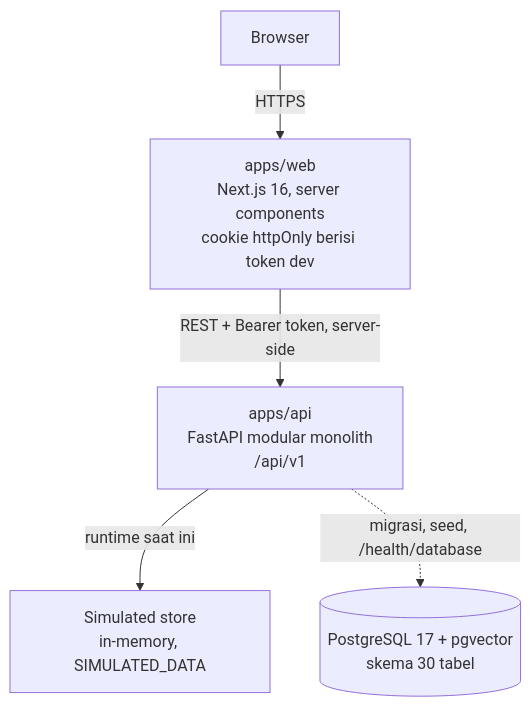
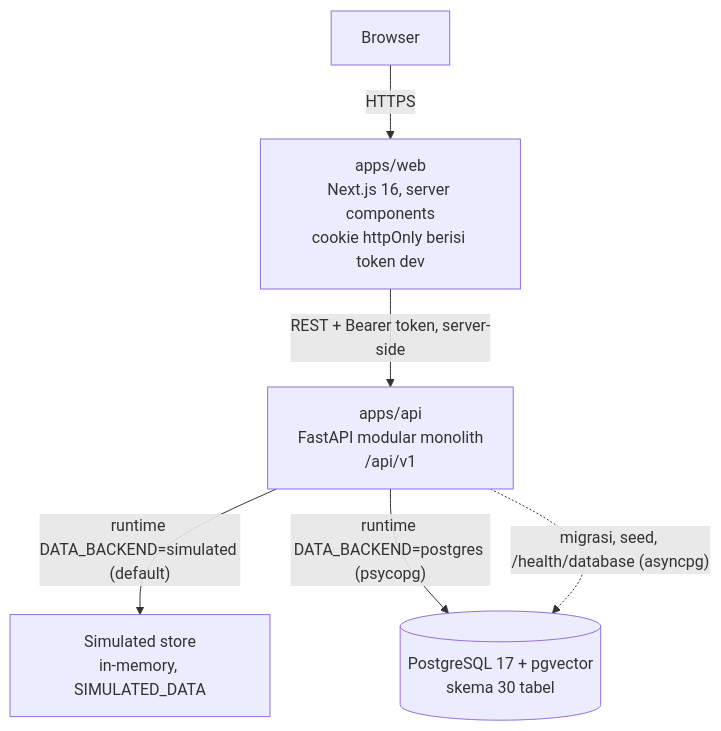
The diagram in docs/03-architecture/container-architecture.md (jundy779/SUNOVATE), drawn with Mermaid before and after one commit. The commit also changed other lines of this file and 17 other files, not shown here.

````diff
--- a/docs/03-architecture/container-architecture.md
+++ b/docs/03-architecture/container-architecture.md
@@ -15,12 +15,13 @@
 ```mermaid
 flowchart TB
     B["Browser"]
     W["apps/web<br/>Next.js 16, server components<br/>cookie httpOnly berisi token dev"]
     A["apps/api<br/>FastAPI modular monolith<br/>/api/v1"]
     ST["Simulated store<br/>in-memory, SIMULATED_DATA"]
     PG[("PostgreSQL 17 + pgvector<br/>skema 30 tabel")]
     B -->|HTTPS| W
     W -->|"REST + Bearer token, server-side"| A
-    A -->|"runtime saat ini"| ST
-    A -.->|"migrasi, seed, /health/database"| PG
+    A -->|"runtime DATA_BACKEND=simulated (default)"| ST
+    A -->|"runtime DATA_BACKEND=postgres (psycopg)"| PG
+    A -.->|"migrasi, seed, /health/database (asyncpg)"| PG
 ```
````
